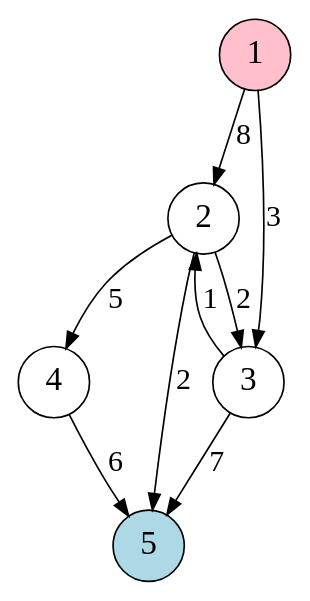
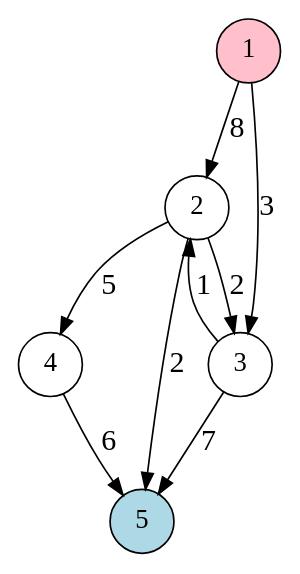
The diagram in NetworkData/Networks/Network_3.dot (AdrianMatei20/FlowAlgorithmsVisualized), drawn with Graphviz before and after one commit. The commit also changed 7 other files, not shown here.

```diff
--- a/NetworkData/Networks/Network_3.dot
+++ b/NetworkData/Networks/Network_3.dot
@@ -1,21 +1,21 @@
 digraph {
 
     node [shape="circle", fontsize="20px"];
     edge [fontsize="20px"];
 
-    1 [label="1", pos="0,1!", fontsize="20px", shape="circle", style="filled", fillcolor="pink"];
-    2 [label="2", pos="2,2!", fontsize="20px", shape="circle"];
-    3 [label="3", pos="2,0!", fontsize="20px", shape="circle"];
-    4 [label="4", pos="4,2!", fontsize="20px", shape="circle"];
-    5 [label="5", pos="4,0!", fontsize="20px", shape="circle", style="filled", fillcolor="lightblue"];
+    1 [label="1", pos="0,1!", fontsize="16px", shape="circle", style="filled", fillcolor="pink"];
+    2 [label="2", pos="2,2!", fontsize="16px", shape="circle"];
+    3 [label="3", pos="2,0!", fontsize="16px", shape="circle"];
+    4 [label="4", pos="4,2!", fontsize="16px", shape="circle"];
+    5 [label="5", pos="4,0!", fontsize="16px", shape="circle", style="filled", fillcolor="lightblue"];
 
     1 -> 2 [label="8", fontsize="18px"];
     1 -> 3 [label="3", fontsize="18px"];
     2 -> 3 [label="2", fontsize="18px"];
     2 -> 4 [label="5", fontsize="18px"];
     2 -> 5 [label="2", fontsize="18px"];
     3 -> 2 [label="1", fontsize="18px"];
     3 -> 5 [label="7", fontsize="18px"];
     4 -> 5 [label="6", fontsize="18px"];
 
 }
```
